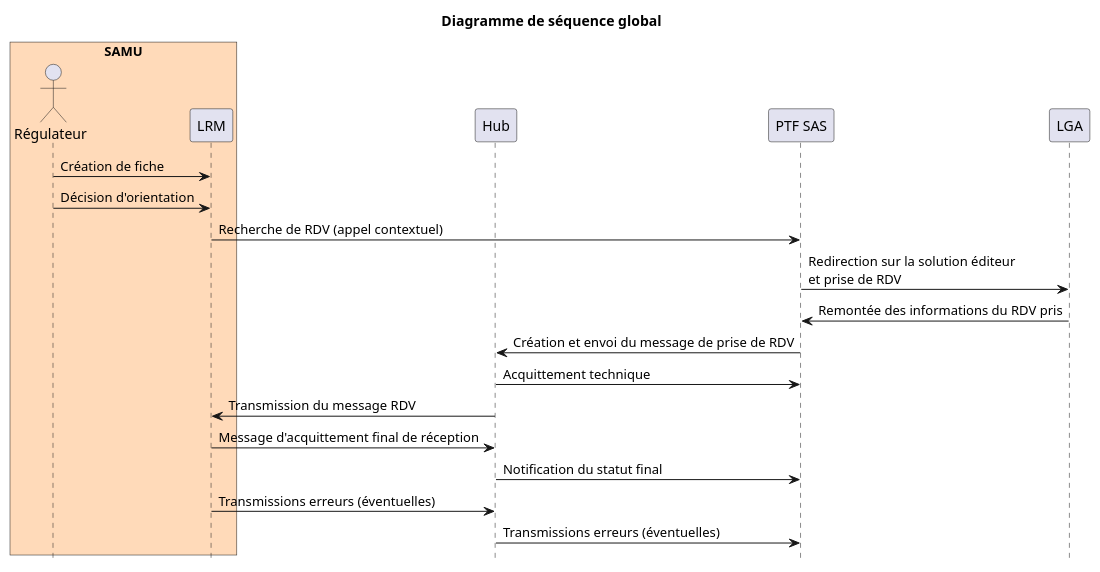
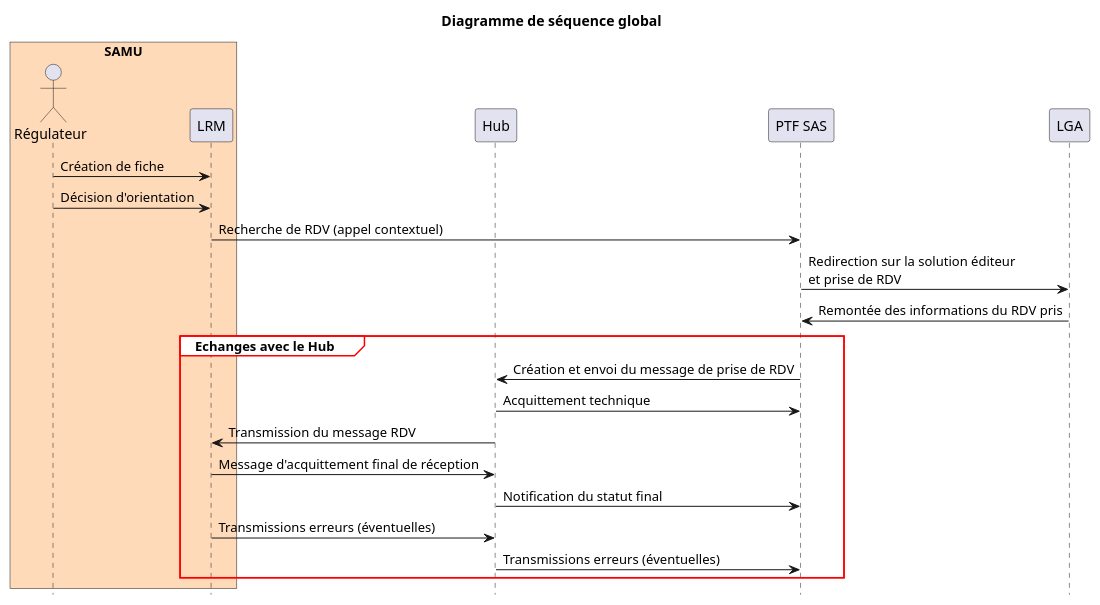
One commit to ansforge/IG-fhir-service-acces-aux-soins changed the first of 2 diagrams in input/images-source/diagramme_sequence_hub.plantuml. Above: the diagram before and after it, drawn with PlantUML. The commit also changed other lines of this file and 1 other file, not shown here.

```diff
--- a/input/images-source/diagramme_sequence_hub.plantuml
+++ b/input/images-source/diagramme_sequence_hub.plantuml
@@ -3,28 +3,33 @@
 @startuml
 title Diagramme de séquence global
 
 hide footbox
 
 box "SAMU" #PeachPuff
   actor "Régulateur" as SAMU
   participant LRM
 end box
 
 participant Hub
 participant "PTF SAS" as PTF
 participant LGA
 
 SAMU -> LRM : Création de fiche
 SAMU -> LRM : Décision d'orientation
 LRM -> PTF : Recherche de RDV (appel contextuel)
 PTF -> LGA : Redirection sur la solution éditeur\net prise de RDV
 LGA -> PTF : Remontée des informations du RDV pris
-PTF -> Hub : Création et envoi du message de prise de RDV
-Hub -> PTF : Acquittement technique
-Hub -> LRM : Transmission du message RDV
-LRM -> Hub : Message d'acquittement final de réception
-Hub -> PTF : Notification du statut final
-LRM -> Hub : Transmissions erreurs (éventuelles)
-Hub -> PTF : Transmissions erreurs (éventuelles)
-
+skinparam sequence {
+    GroupBorderColor red
+    GroupBackgroundColor white
+}
+group Echanges avec le Hub
+  PTF -> Hub : Création et envoi du message de prise de RDV
+  Hub -> PTF : Acquittement technique
+  Hub -> LRM : Transmission du message RDV
+  LRM -> Hub : Message d'acquittement final de réception
+  Hub -> PTF : Notification du statut final
+  LRM -> Hub : Transmissions erreurs (éventuelles)
+  Hub -> PTF : Transmissions erreurs (éventuelles)
+end group
 @enduml
```
